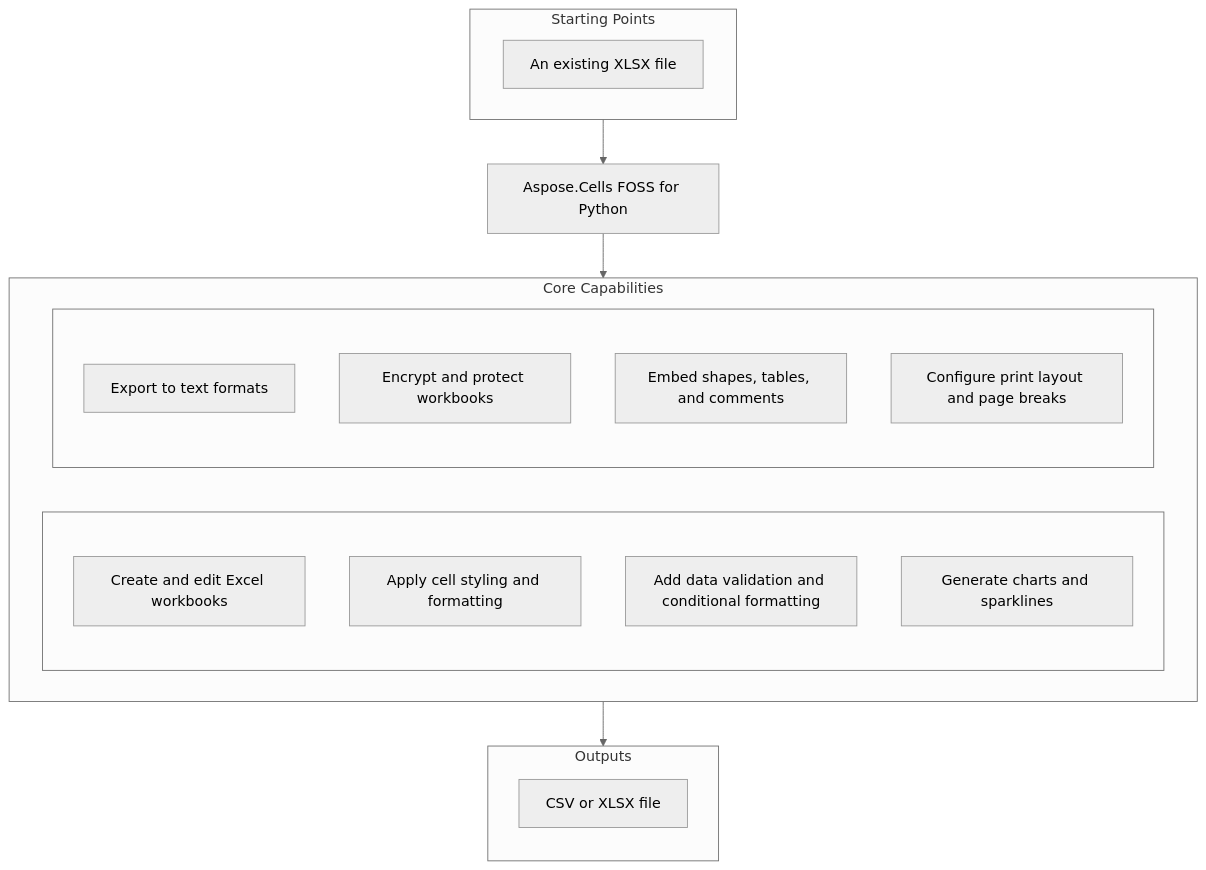
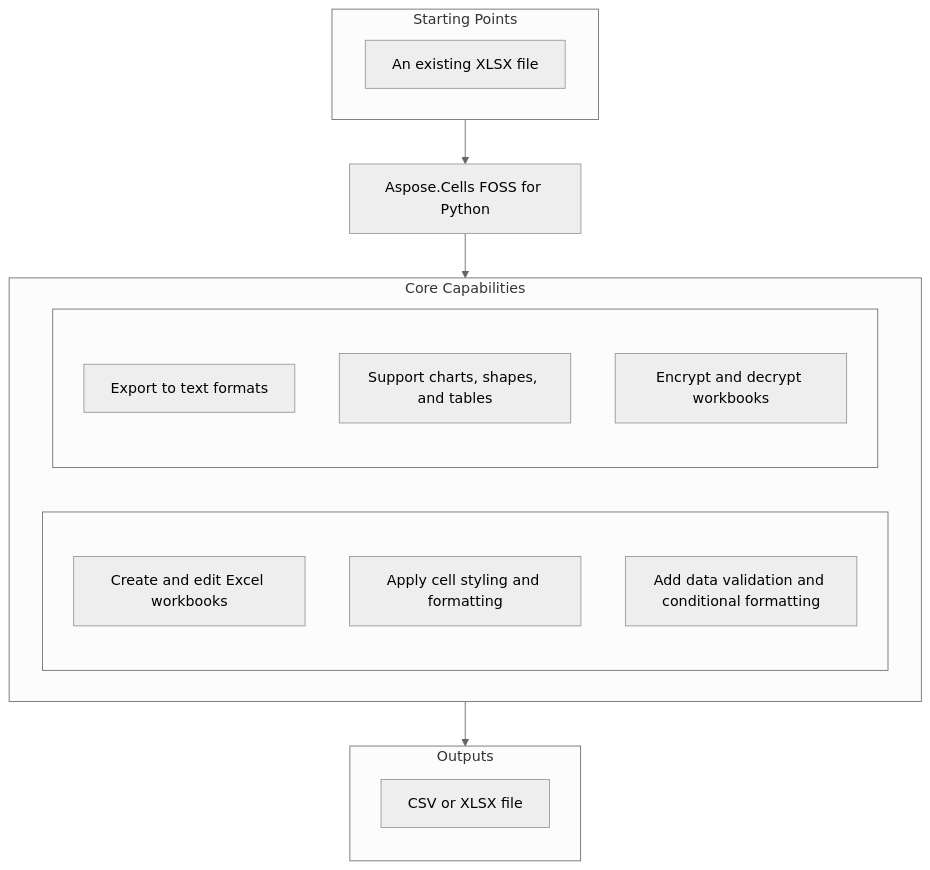
The diagram in candidates/aspose-cells-foss__Aspose.Cells-FOSS-for-Python/4f6768a7b349a1309644f456eb43bc35f70c16d7/README.md (babar-raza/repository-presenter), drawn with Mermaid (neutral theme) before and after one commit. The commit also changed other lines of this file and 13 other files, not shown here.

````diff
--- a/candidates/aspose-cells-foss__Aspose.Cells-FOSS-for-Python/4f6768a7b349a1309644f456eb43bc35f70c16d7/README.md
+++ b/candidates/aspose-cells-foss__Aspose.Cells-FOSS-for-Python/4f6768a7b349a1309644f456eb43bc35f70c16d7/README.md
@@ -25,30 +25,28 @@
 ```mermaid
 flowchart TD
   subgraph StartingPoints["Starting Points"]
     direction LR
     i1["An existing XLSX file"]
   end
   PRODUCT["Aspose.Cells FOSS for Python"]
   subgraph Capabilities["Core Capabilities"]
     direction LR
     subgraph capl[" "]
       direction TB
       c1["Create and edit Excel workbooks"]
       c2["Apply cell styling and formatting"]
       c3["Add data validation and conditional formatting"]
-      c4["Generate charts and sparklines"]
     end
     subgraph capr[" "]
       direction TB
-      c5["Export to text formats"]
-      c6["Encrypt and protect workbooks"]
-      c7["Embed shapes, tables, and comments"]
-      c8["Configure print layout and page breaks"]
+      c4["Export to text formats"]
+      c5["Support charts, shapes, and tables"]
+      c6["Encrypt and decrypt workbooks"]
     end
   end
   subgraph Outputs["Outputs"]
     direction TB
     o1["CSV or XLSX file"]
   end
   StartingPoints --> PRODUCT --> Capabilities --> Outputs
 ```
````
